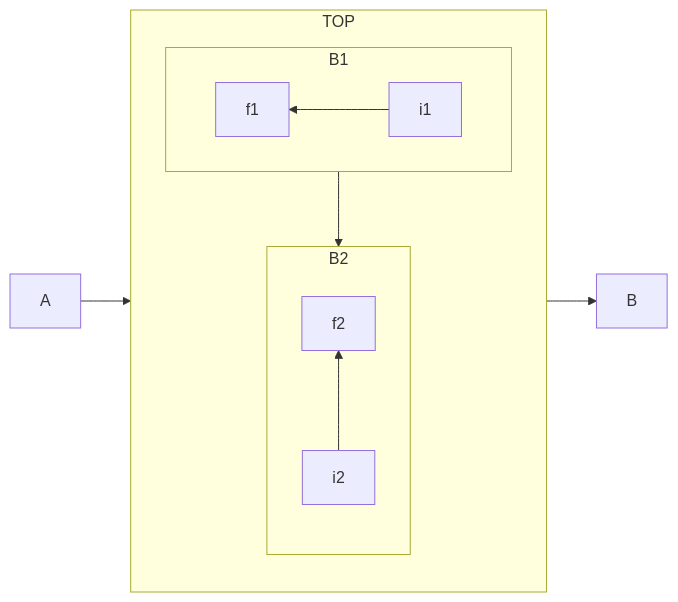
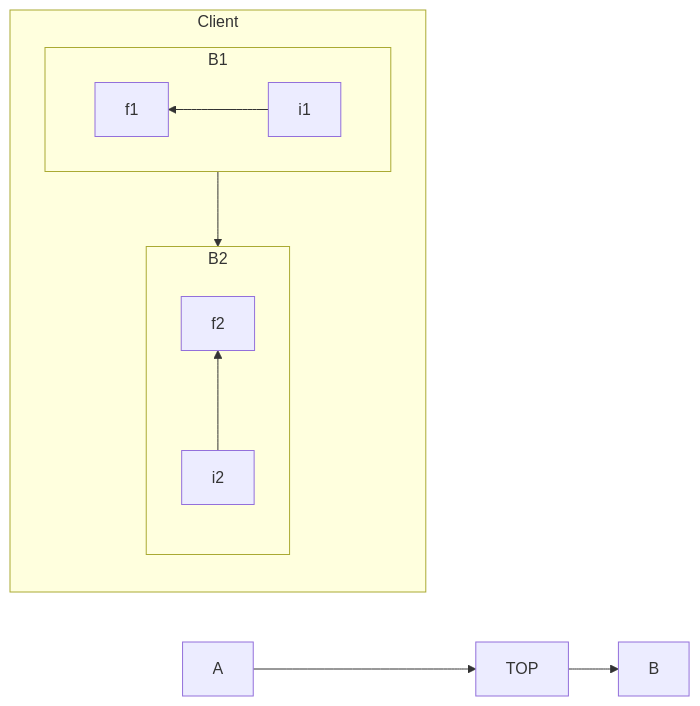
Before and after one commit to googlelxhgithub/iodraw-files: the diagram in all/未命名-9.md, drawn with Mermaid.

Commit message:
2024-08-31 07:29:01 update

````diff
--- a/all/未命名-9.md
+++ b/all/未命名-9.md
@@ -1,17 +1,17 @@
 ```mermaid
 flowchart LR
-  subgraph TOP
+  subgraph Client
     direction TB
     subgraph B1
         direction RL
         i1 -->f1
     end
     subgraph B2
         direction BT
         i2 -->f2
     end
   end
   A --> TOP --> B
   B1 --> B2
 
 ```
````
